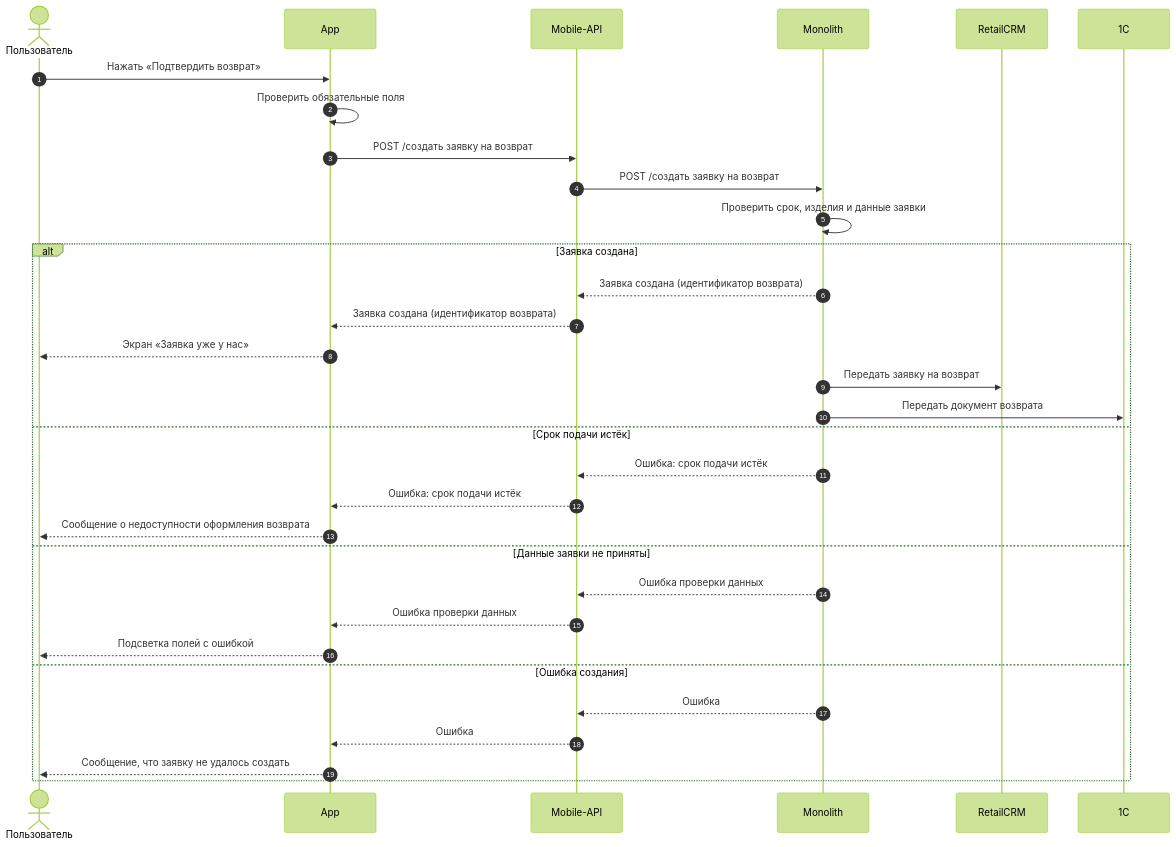
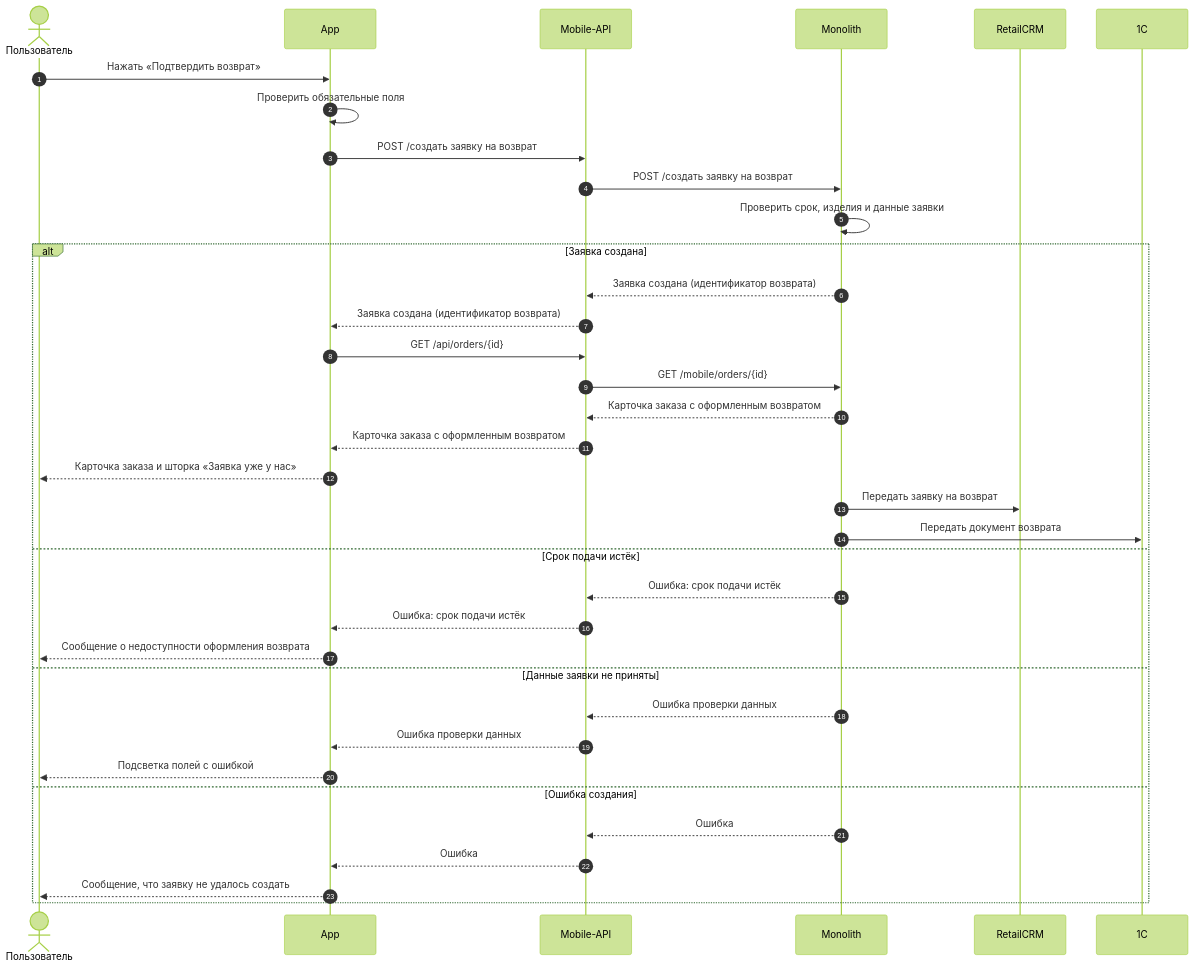
Diagram 12 of 16 in projects/returns-2.0/requirements/srs/srs-mobile.md (Terinss155/opencode-agents-analysis), drawn with Mermaid (forest theme) before and after one commit. The commit also changed other lines of this file and 50 other files, not shown here.

````diff
--- a/projects/returns-2.0/requirements/srs/srs-mobile.md
+++ b/projects/returns-2.0/requirements/srs/srs-mobile.md
@@ -408,35 +637,39 @@
 ```mermaid
 sequenceDiagram
     autonumber
     actor U as Пользователь
     participant APP as App
     participant API as Mobile-API
     participant MON as Monolith
     participant RCRM as RetailCRM
     participant ONEC as 1C
 
     U->>APP: Нажать «Подтвердить возврат»
     APP->>APP: Проверить обязательные поля
     APP->>API: POST /создать заявку на возврат
     API->>MON: POST /создать заявку на возврат
     MON->>MON: Проверить срок, изделия и данные заявки
     alt Заявка создана
         MON-->>API: Заявка создана (идентификатор возврата)
         API-->>APP: Заявка создана (идентификатор возврата)
-        APP-->>U: Экран «Заявка уже у нас»
+        APP->>API: GET /api/orders/{id}
+        API->>MON: GET /mobile/orders/{id}
+        MON-->>API: Карточка заказа с оформленным возвратом
+        API-->>APP: Карточка заказа с оформленным возвратом
+        APP-->>U: Карточка заказа и шторка «Заявка уже у нас»
         MON->>RCRM: Передать заявку на возврат
         MON->>ONEC: Передать документ возврата
     else Срок подачи истёк
         MON-->>API: Ошибка: срок подачи истёк
         API-->>APP: Ошибка: срок подачи истёк
         APP-->>U: Сообщение о недоступности оформления возврата
     else Данные заявки не приняты
         MON-->>API: Ошибка проверки данных
         API-->>APP: Ошибка проверки данных
         APP-->>U: Подсветка полей с ошибкой
     else Ошибка создания
         MON-->>API: Ошибка
         API-->>APP: Ошибка
         APP-->>U: Сообщение, что заявку не удалось создать
     end
 ```
````
